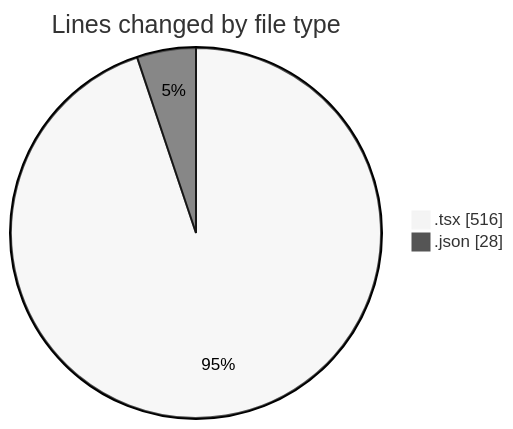
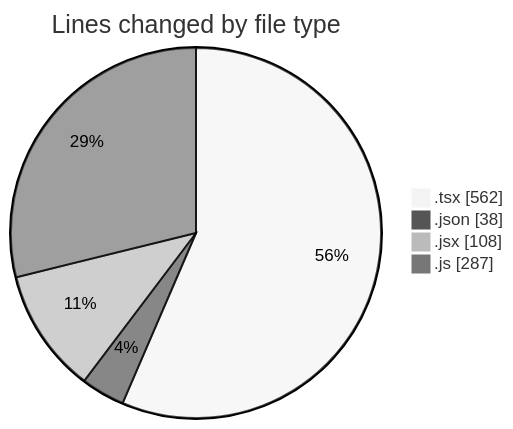
The first of 2 diagrams in 2025-05-27/ecom_store/README.md (Elitesun/code-tracking), drawn with Mermaid (neutral theme) before and after one commit. The commit also changed other lines of this file and 1 other file, not shown here.

````diff
--- a/2025-05-27/ecom_store/README.md
+++ b/2025-05-27/ecom_store/README.md
@@ -25,6 +29,8 @@
 ```mermaid
 pie showData
 title Lines changed by file type
-".tsx" : 516
-".json" : 28
+".tsx" : 562
+".json" : 38
+".jsx" : 108
+".js" : 287
 ```
````
